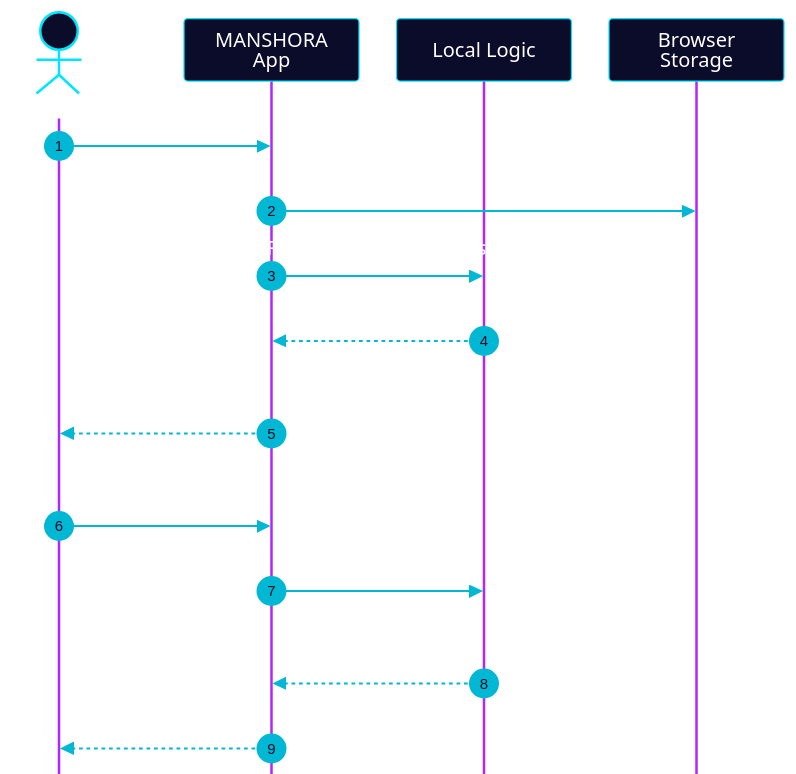
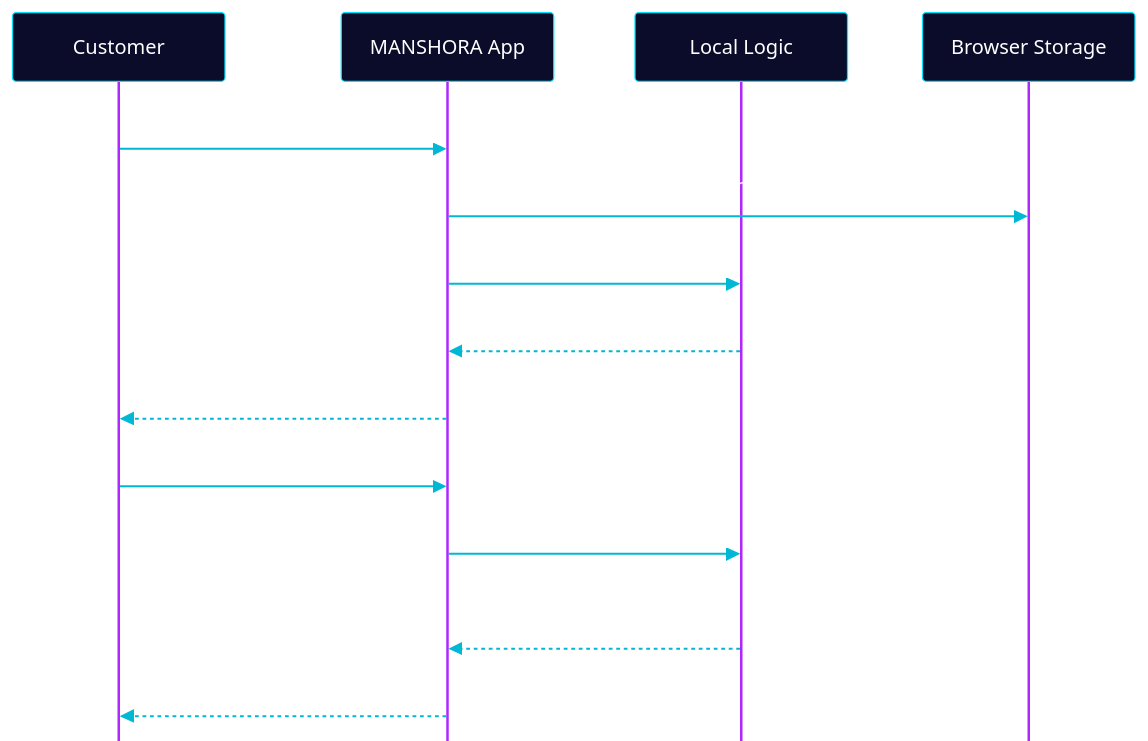
Before and after one commit to Mansi232323/MANSHORA: the sixth of 17 diagrams in README.md, drawn with Mermaid. The commit also changed other lines of this file, not shown here.

````diff
--- a/README.md
+++ b/README.md
@@ -258,18 +258,17 @@
 ```mermaid
-%%{init: {'theme':'base','themeVariables':{'fontSize':'16px','fontFamily':'Arial, Helvetica, sans-serif','primaryColor':'#0b0b2a','primaryTextColor':'#ffffff','primaryBorderColor':'#00e5ff','textColor':'#ffffff','lineColor':'#00b8d4','actorBkg':'#0b0b2a','actorBorder':'#00e5ff','actorTextColor':'#ffffff','actorLineColor':'#b026ff','signalColor':'#00b8d4','signalTextColor':'#ffffff','labelBoxBkgColor':'#0b0b2a','labelBoxBorderColor':'#00e5ff','labelTextColor':'#ffffff','loopTextColor':'#ffffff','noteBkgColor':'#3a3200','noteTextColor':'#ffffff','noteBorderColor':'#fff200','activationBkgColor':'#042f3a','activationBorderColor':'#00e5ff','sequenceNumberColor':'#0b0b2a'},'sequence':{'actorMargin':30,'messageMargin':36,'boxMargin':8,'mirrorActors':false,'width':140,'height':50,'wrap':true,'messageFontSize':15,'actorFontSize':15,'useMaxWidth':true}}}%%
+%%{init: {'theme':'base','themeVariables':{'fontSize':'15px','primaryColor':'#0b0b2a','primaryTextColor':'#ffffff','primaryBorderColor':'#00e5ff','textColor':'#ffffff','lineColor':'#00b8d4','actorBkg':'#0b0b2a','actorBorder':'#00e5ff','actorTextColor':'#ffffff','actorLineColor':'#b026ff','signalColor':'#00b8d4','signalTextColor':'#ffffff'},'sequence':{'actorMargin':60,'messageMargin':40,'boxMargin':10,'mirrorActors':false,'width':170,'height':55,'wrap':false,'messageFontSize':14,'actorFontSize':15,'useMaxWidth':true}}}%%
 sequenceDiagram
-    autonumber
-    actor U as Customer
+    participant U as Customer
     participant A as MANSHORA App
     participant L as Local Logic
     participant S as Browser Storage
     U->>A: Add this month's data
-    A->>S: Save month, keep history
-    A->>L: Run formulas and rules
+    A->>S: Save month
+    A->>L: Run formulas
     L-->>A: Score, gaps, signals
-    A-->>U: Dashboard and next action
-    U->>A: Ask the chatbot a question
+    A-->>U: Dashboard + next action
+    U->>A: Ask the chatbot
     A->>L: Match rule, calculate
-    L-->>A: Explain, Calculate, Recommend, Plan
+    L-->>A: Explain, Calculate,<br/>Recommend, Plan
     A-->>U: Four-part answer
 ```
````
